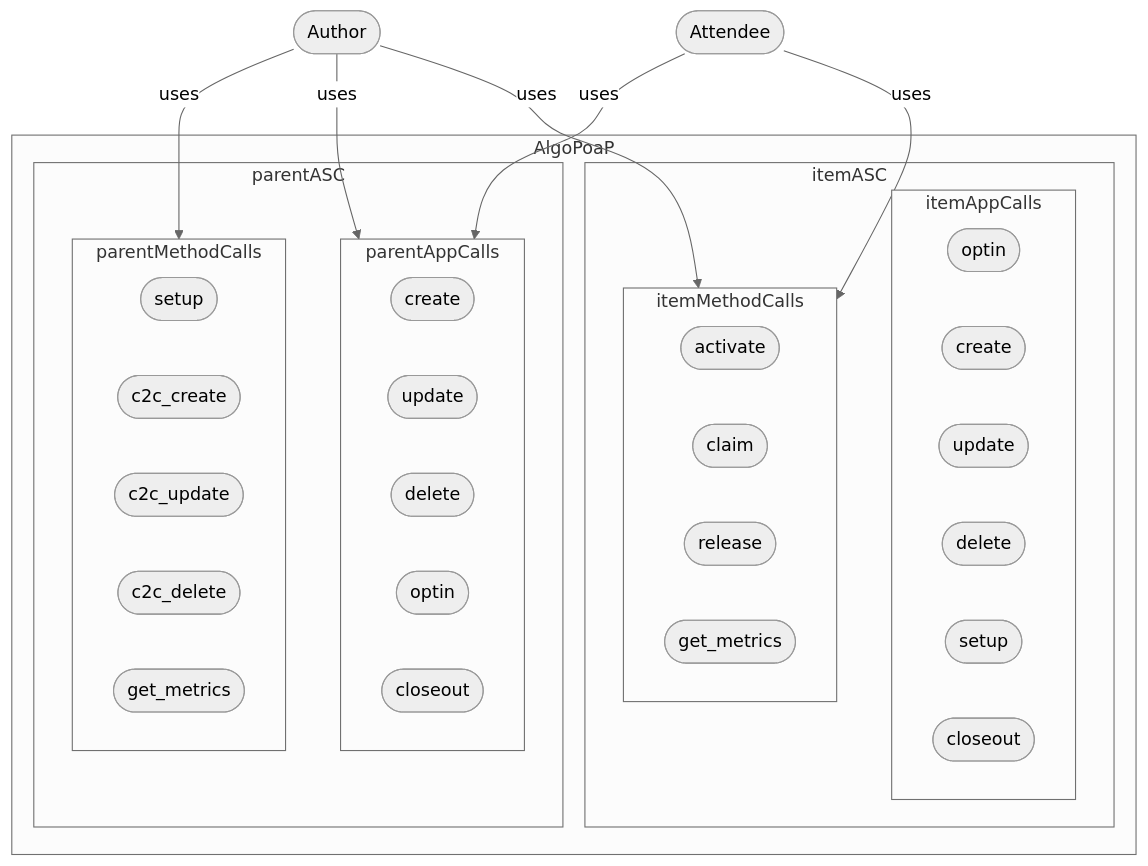
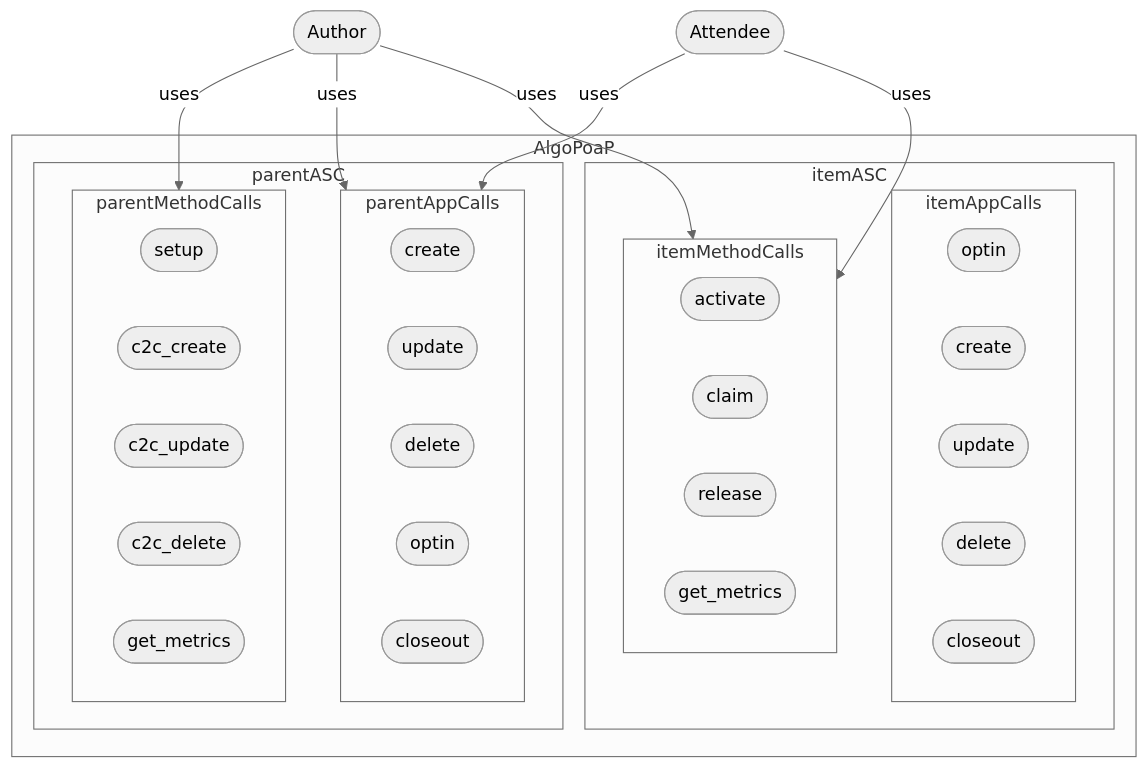
Before and after one commit to GoPlausible/.github: the sixth of 10 diagrams in profile/README.md, drawn with Mermaid (neutral theme).

````diff
--- a/profile/README.md
+++ b/profile/README.md
@@ -199,58 +199,57 @@
 ```mermaid
   flowchart TB
 
     id1([Author]) --uses--> parentMethodCalls
     id1([Author]) --uses--> parentAppCalls
     id1([Author]) --uses--> itemMethodCalls
     
 
     id2([Attendee]) --uses--> parentAppCalls 
     id2([Attendee]) --uses--> itemMethodCalls 
   
 
     subgraph AlgoPoaP
       
       subgraph parentASC
         subgraph parentAppCalls
         id3([create]) 
         id4([update]) 
         id5([delete]) 
         id6([optin]) 
         id7([closeout]) 
         end
         subgraph parentMethodCalls
         id61([setup]) 
         id8([c2c_create]) 
         id9([c2c_update]) 
         id10([c2c_delete]) 
         id11([get_metric]) 
         id11([get_metrics]) 
         end
       end
       subgraph itemASC
         
         
         subgraph itemAppCalls
         id12([optin])
         id13([create]) 
         id14([update]) 
         id15([delete]) 
-        id16([setup]) 
         id17([closeout]) 
         end
         subgraph itemMethodCalls
         id18([setup]) 
         id18([activate]) 
         id19([claim]) 
         id20([release]) 
         id21([get_metric]) 
         id21([get_metrics]) 
         end
       end
       
     end 
    
     
     
 
 ```
````
